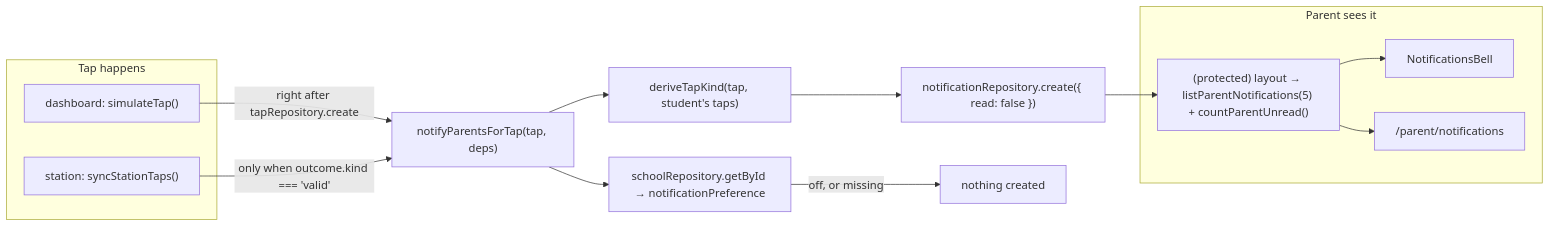
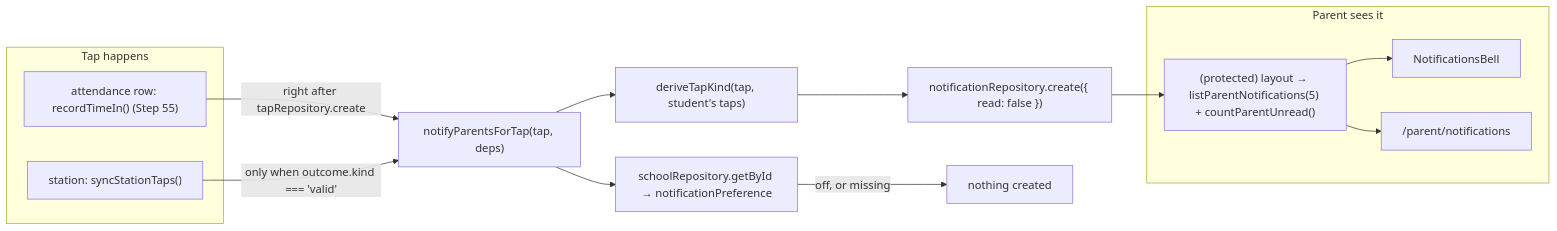
The diagram in docs/NOTIFICATIONS.md (psmacabulos/talaan), drawn with Mermaid before and after one commit. The commit also changed other lines of this file and 43 other files, not shown here.

Commit message:
feat(attendance): record a student's time in by hand from their row

````diff
--- a/docs/NOTIFICATIONS.md
+++ b/docs/NOTIFICATIONS.md
@@ -37,26 +37,26 @@
 ```mermaid
 flowchart LR
     subgraph "Tap happens"
-      Sim["dashboard: simulateTap()"]
+      Sim["attendance row: recordTimeIn() (Step 55)"]
       Station["station: syncStationTaps()"]
     end
     Fan["notifyParentsForTap(tap, deps)"]
     School["schoolRepository.getById → notificationPreference"]
     Kind["deriveTapKind(tap, student's taps)"]
     Create["notificationRepository.create({ read: false })"]
     subgraph "Parent sees it"
       Layout["(protected) layout → listParentNotifications(5) + countParentUnread()"]
       Bell["NotificationsBell"]
       Page["/parent/notifications"]
     end
 
     Sim -->|"right after tapRepository.create"| Fan
     Station -->|"only when outcome.kind === 'valid'"| Fan
     Fan --> School
     School -->|off, or missing| Drop["nothing created"]
     Fan --> Kind
     Kind --> Create
     Create --> Layout
     Layout --> Bell
     Layout --> Page
 ```
````
